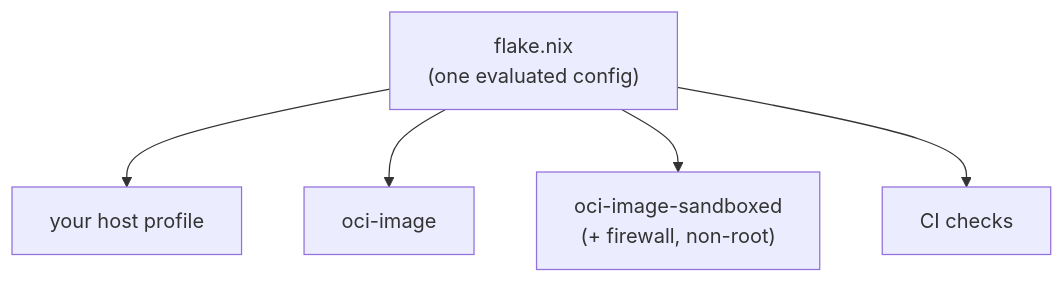
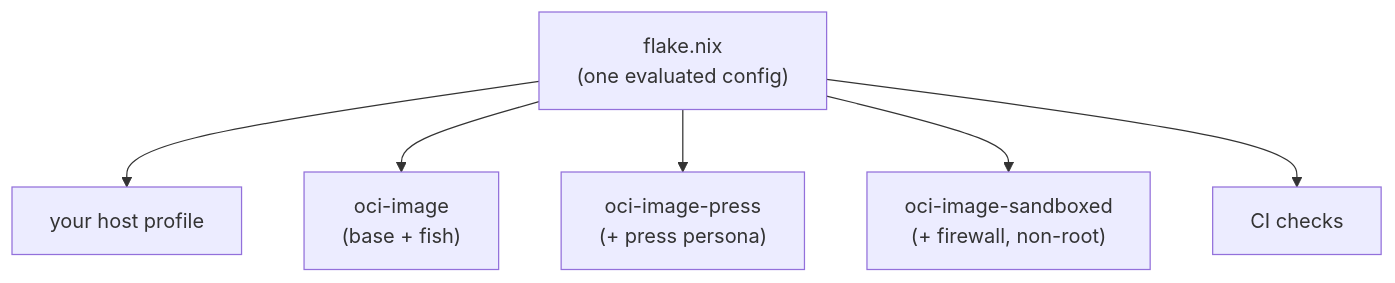
The diagram in docs-src/chapters/going-further/container-ci.adoc (intellectual-frontiers/workspaces-host-v3), drawn with Mermaid before and after one commit. The commit also changed other lines of this file and 27 other files, not shown here.

```diff
--- a/docs-src/chapters/going-further/container-ci.adoc
+++ b/docs-src/chapters/going-further/container-ci.adoc
@@ -9,8 +9,9 @@
 [mermaid]
 ....
 flowchart TD
   Flake["flake.nix<br>(one evaluated config)"] --> Host["your host profile"]
-  Flake --> Image["oci-image"]
+  Flake --> Image["oci-image<br>(base + fish)"]
+  Flake --> Press["oci-image-press<br>(+ press persona)"]
   Flake --> Sandboxed["oci-image-sandboxed<br>(+ firewall, non-root)"]
   Flake --> CI["CI checks"]
 ....
```
